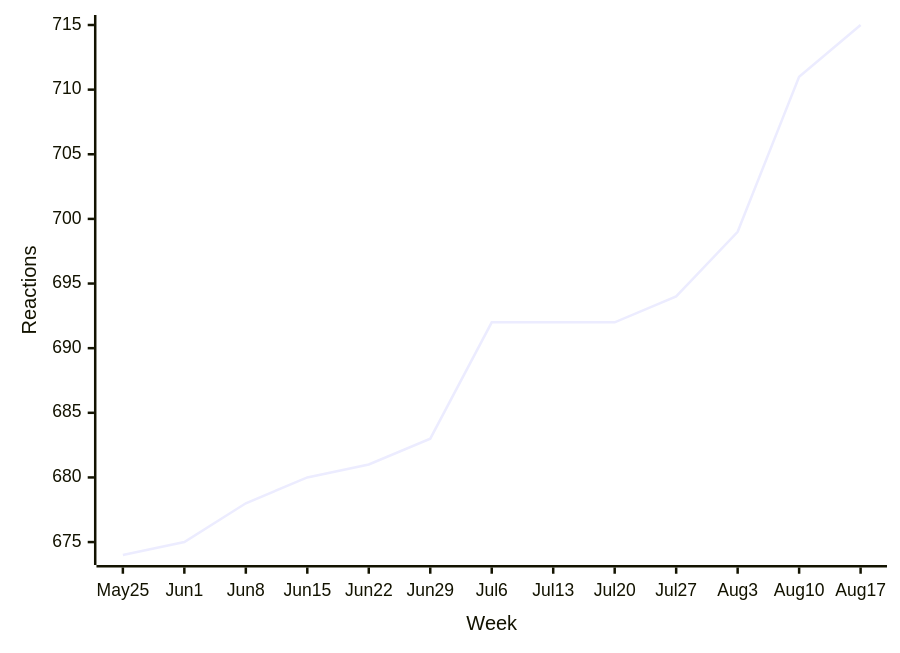
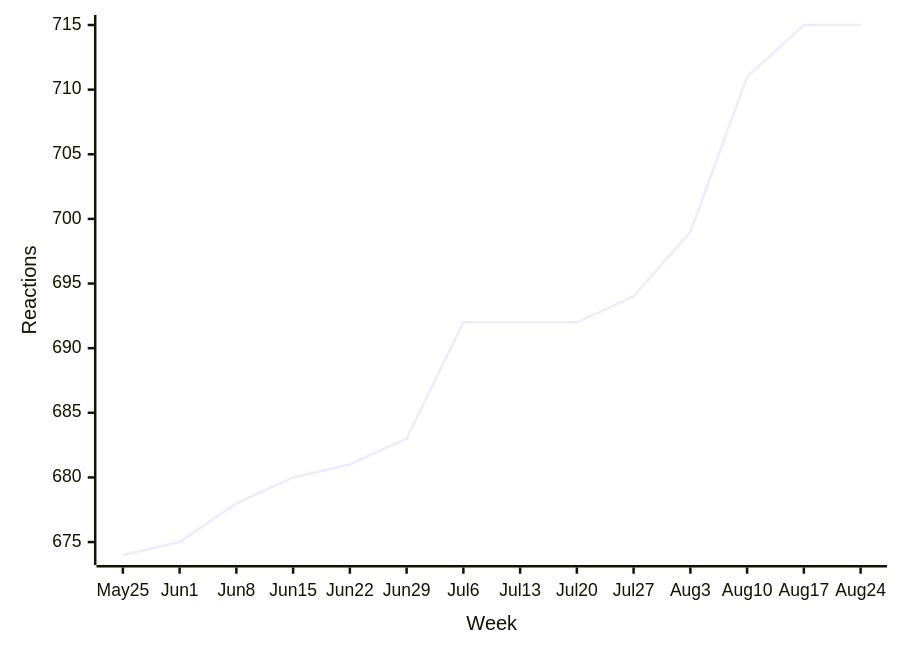
Before and after one commit to loic-sharma/github-insights: the second of 38 diagrams in README.md, drawn with Mermaid. The commit also changed other lines of this file and 3 other files, not shown here.

````diff
--- a/README.md
+++ b/README.md
@@ -341,6 +341,6 @@
   ```mermaid
   xychart-beta
-    x-axis "Week" [May 25, Jun 1, Jun 8, Jun 15, Jun 22, Jun 29, Jul 6, Jul 13, Jul 20, Jul 27, Aug 3, Aug 10, Aug 17]
+    x-axis "Week" [May 25, Jun 1, Jun 8, Jun 15, Jun 22, Jun 29, Jul 6, Jul 13, Jul 20, Jul 27, Aug 3, Aug 10, Aug 17, Aug 24]
     y-axis "Reactions"
-    line [674, 675, 678, 680, 681, 683, 692, 692, 692, 694, 699, 711, 715]
+    line [674, 675, 678, 680, 681, 683, 692, 692, 692, 694, 699, 711, 715, 715]
   ```
````
